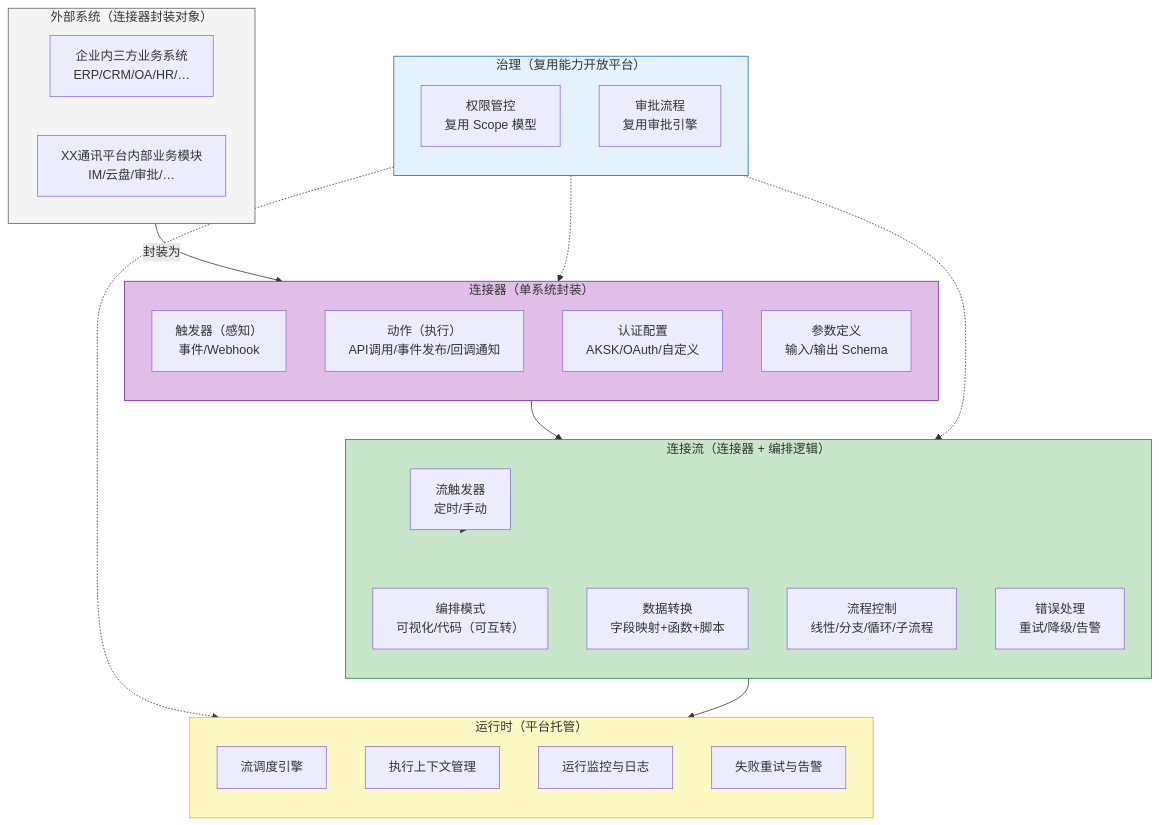
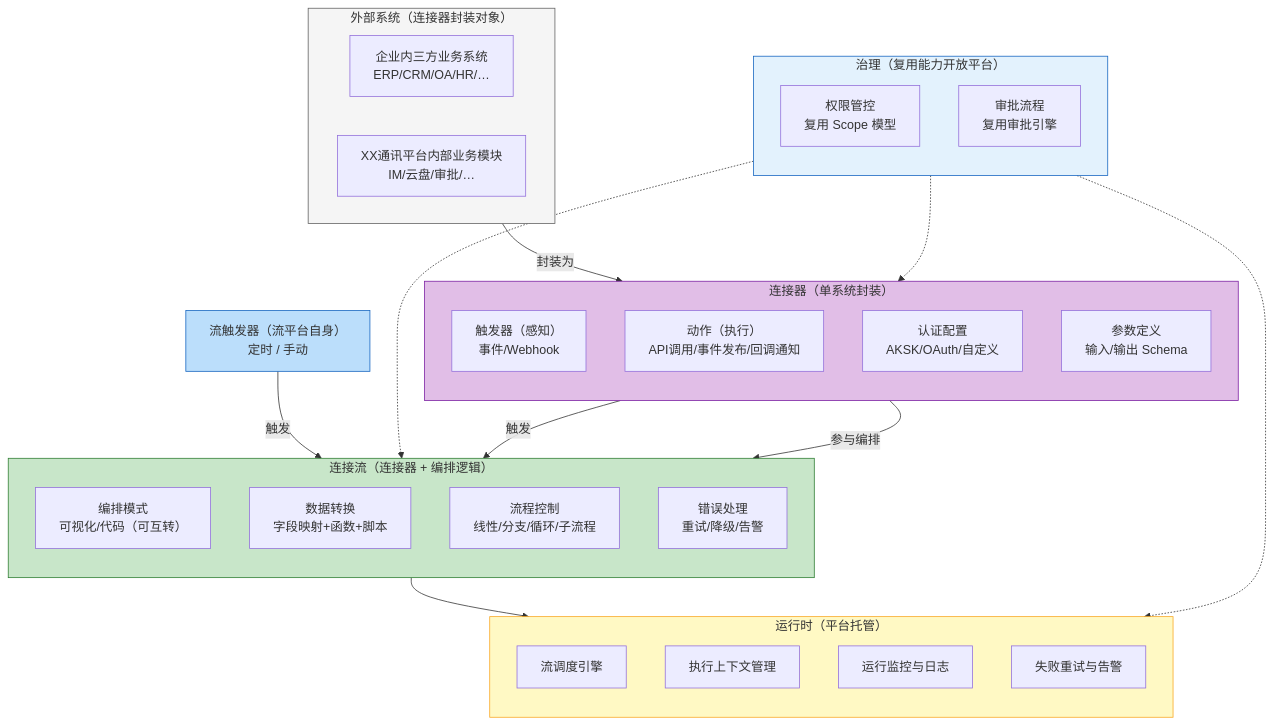
One commit to THZSummer/open-app changed the fourth of 10 diagrams in .sddu/specs-tree-root/specs-tree-connector-platform/discovery-report.md. Above: the diagram before and after it, drawn with Mermaid. The commit also changed other lines of this file, not shown here.

Commit message:
fix: 概念模型图修正 — 流触发器独立展示，两种触发来源并列
- 流触发器（定时/手动）从连接流内部移出，作为独立节点
- 连接器触发器（事件/Webhook）和流触发器并列，都指向连接流
- 连接器到连接流有两条关系：触发器触发 + 参与编排

````diff
--- a/.sddu/specs-tree-root/specs-tree-connector-platform/discovery-report.md
+++ b/.sddu/specs-tree-root/specs-tree-connector-platform/discovery-report.md
@@ -173,53 +173,56 @@
 ```mermaid
 flowchart TB
     subgraph ExternalSystems["外部系统（连接器封装对象）"]
         direction LR
         Third["企业内三方业务系统<br/>ERP/CRM/OA/HR/…"]
         Inner["XX通讯平台内部业务模块<br/>IM/云盘/审批/…"]
     end
     
     subgraph Connector["连接器（单系统封装）"]
         direction TB
         CT[触发器（感知）<br/>事件/Webhook]
         CA[动作（执行）<br/>API调用/事件发布/回调通知]
         CAuth[认证配置<br/>AKSK/OAuth/自定义]
         CSchema[参数定义<br/>输入/输出 Schema]
     end
     
+    FlowTrigger["流触发器（流平台自身）<br/>定时 / 手动"]
+    
     subgraph Flow["连接流（连接器 + 编排逻辑）"]
         direction TB
-        FTrigger[流触发器<br/>定时/手动]
         FEdit[编排模式<br/>可视化/代码（可互转）]
         FTrans[数据转换<br/>字段映射+函数+脚本]
         FCtrl[流程控制<br/>线性/分支/循环/子流程]
         FError[错误处理<br/>重试/降级/告警]
     end
     
     subgraph Runtime["运行时（平台托管）"]
         direction TB
         RSchedule[流调度引擎]
         RExec[执行上下文管理]
         RMonitor[运行监控与日志]
         RRetry[失败重试与告警]
     end
     
     subgraph Governance["治理（复用能力开放平台）"]
         direction TB
         GPerm[权限管控<br/>复用 Scope 模型]
         GApproval[审批流程<br/>复用审批引擎]
     end
     
     ExternalSystems -->|封装为| Connector
-    FTrigger --> Flow
-    Connector --> Flow
+    CT -->|触发| Flow
+    FlowTrigger -->|触发| Flow
+    Connector -->|参与编排| Flow
     Flow --> Runtime
     Governance -.-> Connector
     Governance -.-> Flow
     Governance -.-> Runtime
     
     style ExternalSystems fill:#f5f5f5,stroke:#616161
     style Connector fill:#e1bee7,stroke:#7b1fa2
+    style FlowTrigger fill:#bbdefb,stroke:#1565c0
     style Flow fill:#c8e6c9,stroke:#2e7d32
     style Runtime fill:#fff9c4,stroke:#f9a825
     style Governance fill:#e3f2fd,stroke:#1565c0
 ```
````
